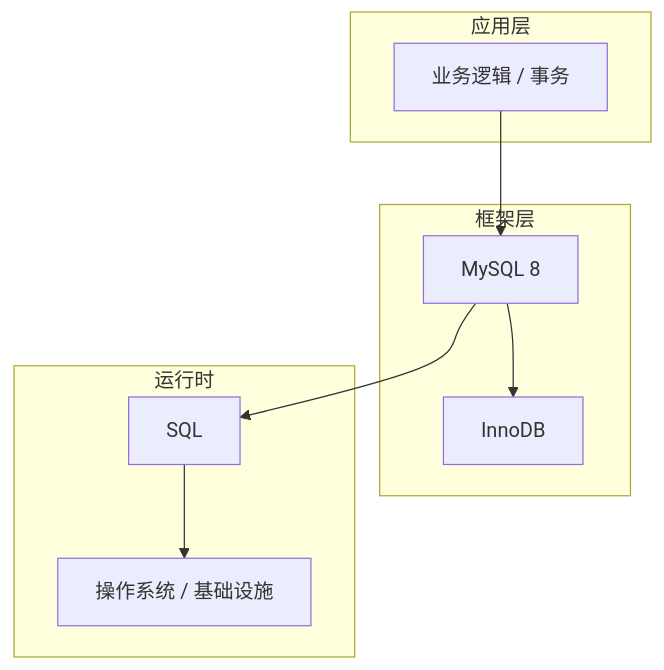
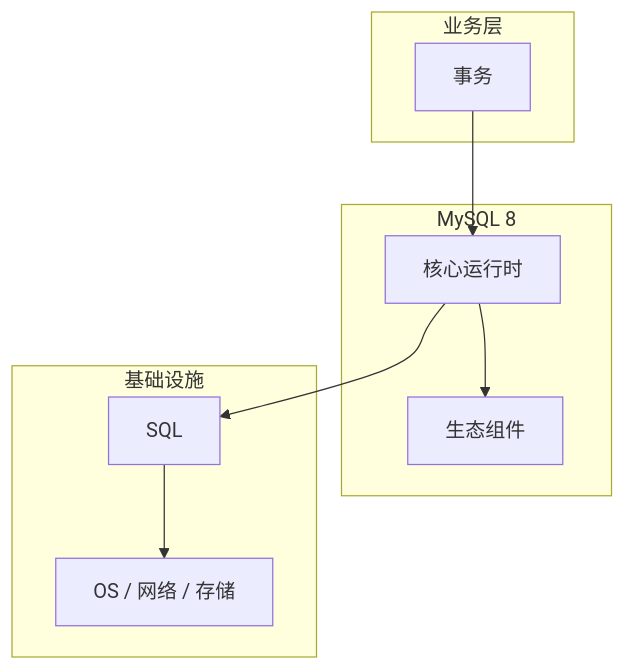
One commit to yanggan2015/knowledge-json-v2 changed the diagram in articles/MySQL/chapters/089-事务核心概念与原理.md. Above: the diagram before and after it, drawn with Mermaid. The commit also changed other lines of this file and 10127 other files, not shown here.

````diff
--- a/articles/MySQL/chapters/089-事务核心概念与原理.md
+++ b/articles/MySQL/chapters/089-事务核心概念与原理.md
@@ -45,18 +34,18 @@
 ```mermaid
 graph TB
-    subgraph 应用层
-        A[业务逻辑 / 事务]
+    subgraph 业务层
+        A[事务]
     end
-    subgraph 框架层
-        B[MySQL 8]
-        C[InnoDB]
+    subgraph MySQL 8
+        B[核心运行时]
+        C[生态组件]
     end
-    subgraph 运行时
+    subgraph 基础设施
         D[SQL]
-        E[操作系统 / 基础设施]
+        E[OS / 网络 / 存储]
     end
     A --> B
     B --> C
     B --> D
     D --> E
 ```
````
